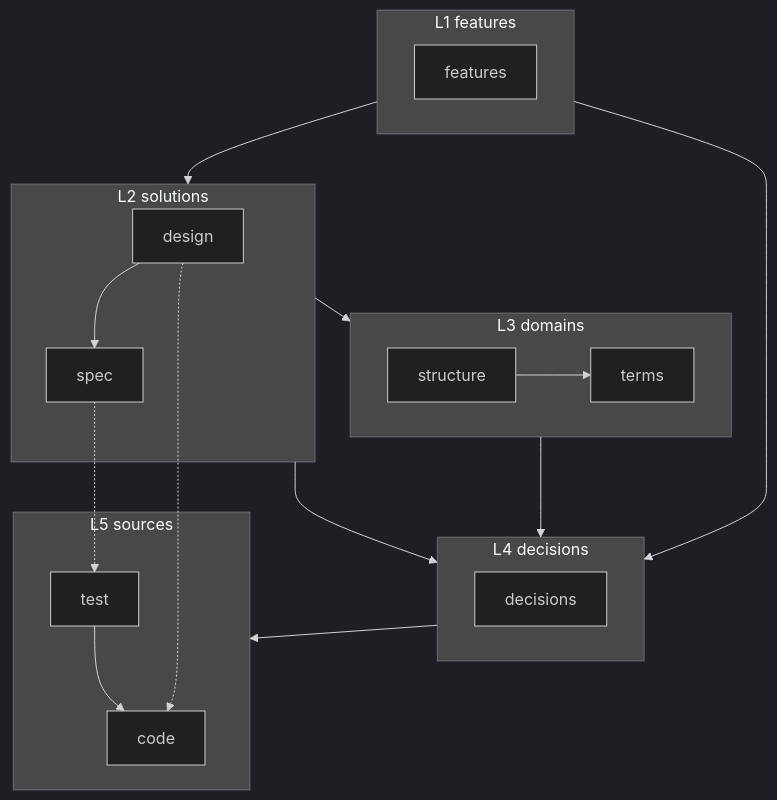
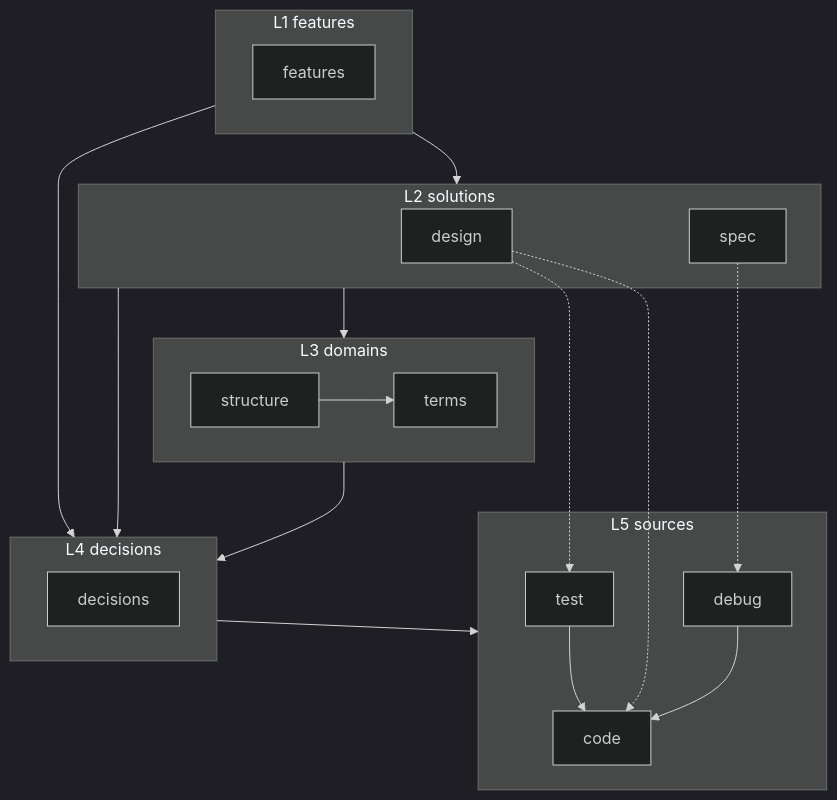
The diagram in README.md (gameundwatch/archivist), drawn with Mermaid (dark theme) before and after one commit. The commit also changed other lines of this file and 13 other files, not shown here.

First line of the commit message:
change: split verification into debug and test, make spec and design independent

````diff
--- a/README.md
+++ b/README.md
@@ -14,29 +14,31 @@
 ```mermaid
 flowchart TD
     subgraph L1[L1 features]
         feature[features]
     end
     subgraph L2[L2 solutions]
         design
         spec
     end
     subgraph L3[L3 domains]
         terms
         structure
     end
     subgraph L4[L4 decisions]
         decisions
     end
     subgraph L5[L5 sources]
         code
         test
+        debug
     end
     L1 --> L2 --> L3 --> L4 --> L5
     L1 --> L4
     L2 --> L4
-    design --> spec
     structure --> terms
     test --> code
+    debug --> code
     design -.-> code
-    spec -.-> test
+    design -.-> test
+    spec -.-> debug
 ```
````
